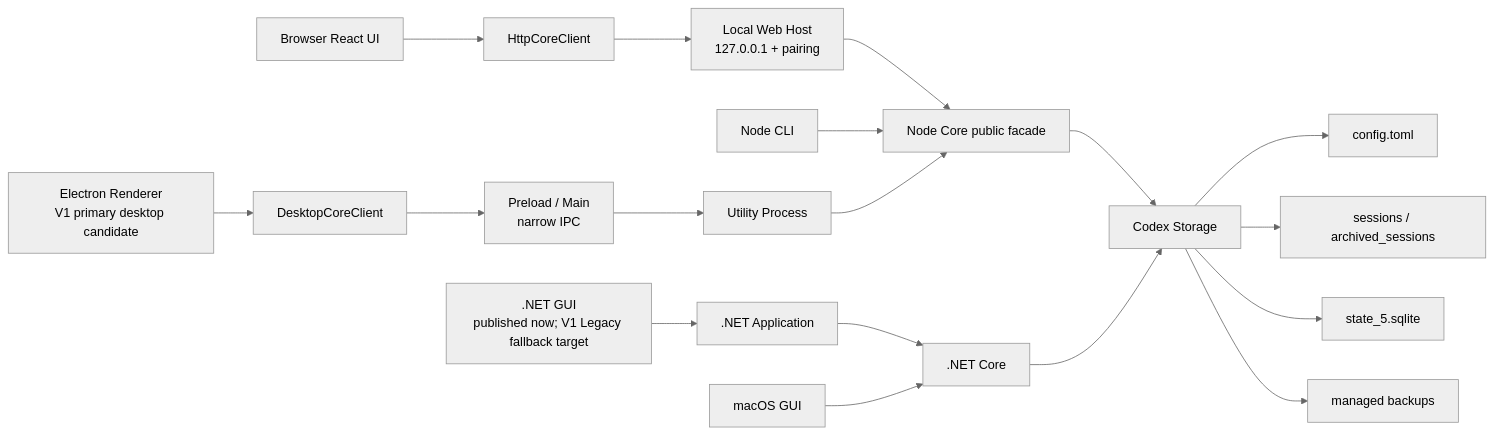
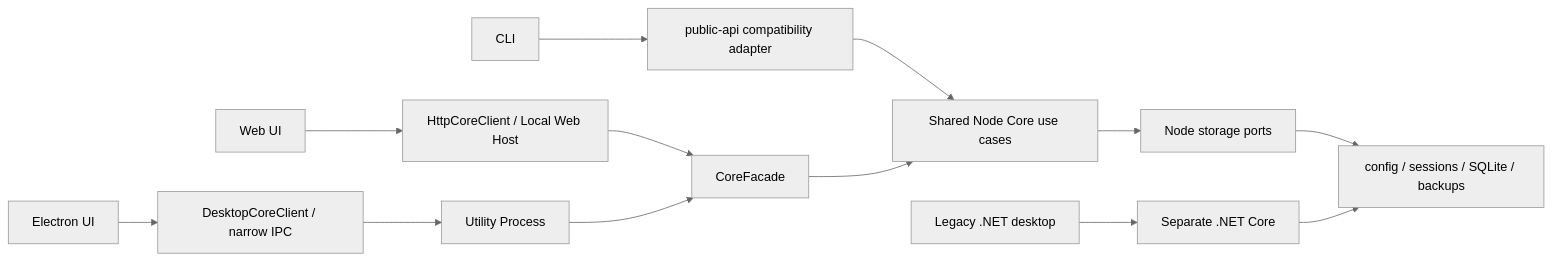
The diagram in docs/README_EN.md (Dailin521/codex-provider-sync), drawn with Mermaid (neutral theme) before and after one commit. The commit also changed other lines of this file and 287 other files, not shown here.

Commit message:
feat(v1): finalize Windows Electron release candidate

````diff
--- a/docs/README_EN.md
+++ b/docs/README_EN.md
@@ -126,24 +120,15 @@
 ```mermaid
 flowchart LR
-    Browser["Browser React UI"] --> HttpClient["HttpCoreClient"]
-    HttpClient --> WebServer["Local Web Host<br/>127.0.0.1 + pairing"]
-    WebServer --> NodeCore["Node Core public facade"]
-    CLI["Node CLI"] --> NodeCore
-
-    ElectronRenderer["Electron Renderer<br/>V1 primary desktop candidate"] --> DesktopClient["DesktopCoreClient"]
-    DesktopClient --> ElectronHost["Preload / Main<br/>narrow IPC"]
-    ElectronHost --> Utility["Utility Process"]
-    Utility --> NodeCore
-
-    WindowsGUI[".NET GUI<br/>published now; V1 Legacy fallback target"] --> Application[".NET Application"]
-    Application --> DotNetCore[".NET Core"]
-    MacGUI["macOS GUI"] --> DotNetCore
-
-    NodeCore --> Storage["Codex Storage"]
-    DotNetCore --> Storage
-
-    Storage --> Config["config.toml"]
-    Storage --> Rollouts["sessions / archived_sessions"]
-    Storage --> SQLite["state_5.sqlite"]
-    Storage --> Backups["managed backups"]
+    CLI["CLI"] --> Adapter["public-api compatibility adapter"]
+    Adapter --> UseCases["Shared Node Core use cases"]
+    Web["Web UI"] --> Host["HttpCoreClient / Local Web Host"]
+    Host --> Facade["CoreFacade"]
+    Electron["Electron UI"] --> IPC["DesktopCoreClient / narrow IPC"]
+    IPC --> Utility["Utility Process"]
+    Utility --> Facade
+    Facade --> UseCases
+    UseCases --> Storage["Node storage ports"]
+    Storage --> Files["config / sessions / SQLite / backups"]
+    Legacy["Legacy .NET desktop"] --> DotNet["Separate .NET Core"]
+    DotNet --> Files
 ```
````
